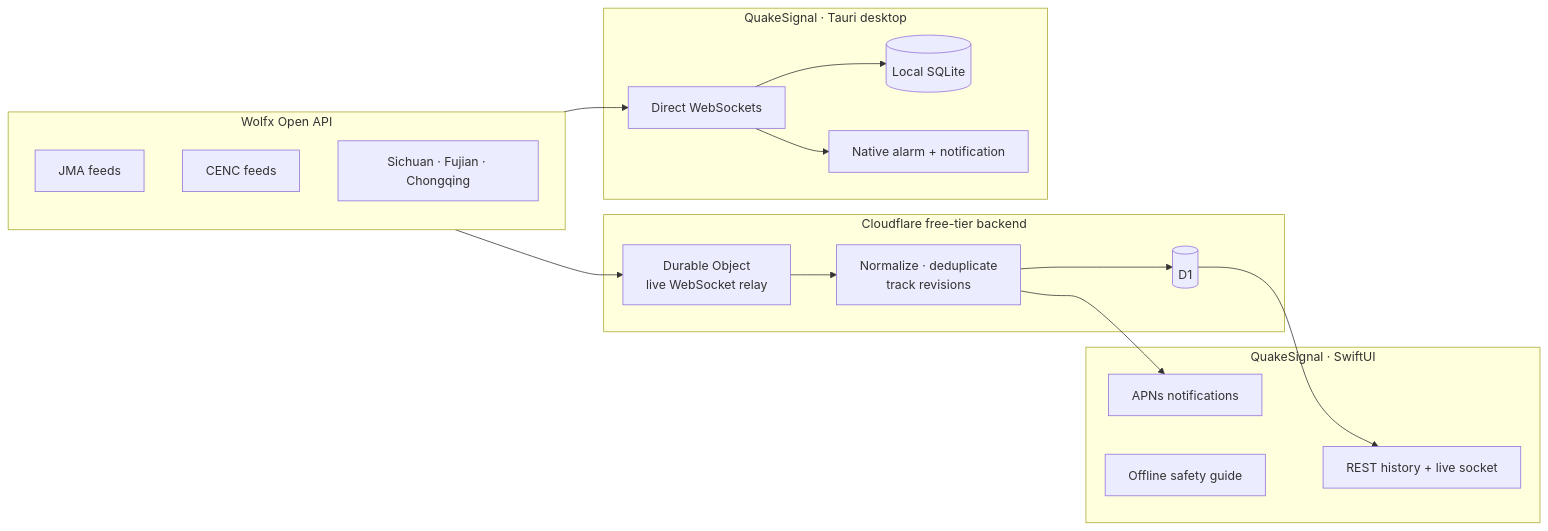
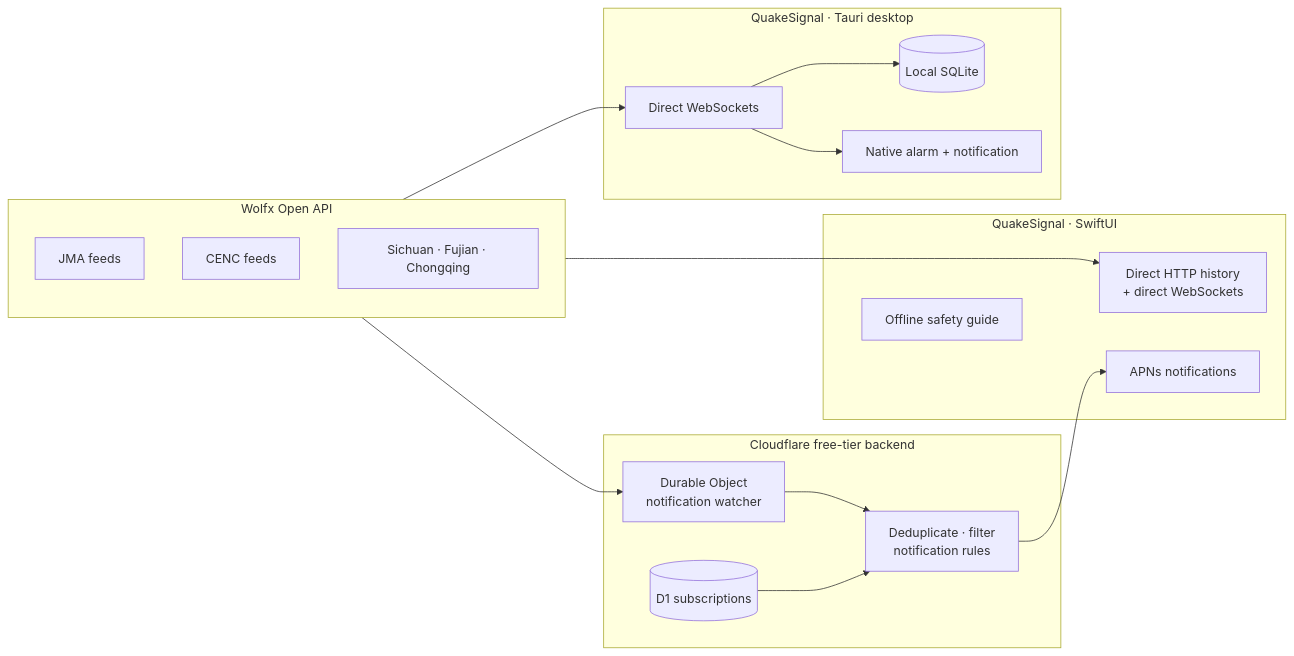
One commit to TastyHeadphones/QuakeSignal changed the diagram in README.md. Above: the diagram before and after it, drawn with Mermaid. The commit also changed other lines of this file and 15 other files, not shown here.

````diff
--- a/README.md
+++ b/README.md
@@ -69,33 +69,33 @@
 ```mermaid
 flowchart LR
     subgraph Sources["Wolfx Open API"]
         JMA["JMA feeds"]
         CENC["CENC feeds"]
         Regional["Sichuan · Fujian · Chongqing"]
     end
 
     subgraph Edge["Cloudflare free-tier backend"]
-        Relay["Durable Object<br/>live WebSocket relay"]
-        Normalize["Normalize · deduplicate<br/>track revisions"]
-        DB[("D1")]
+        Watcher["Durable Object<br/>notification watcher"]
+        Filter["Deduplicate · filter<br/>notification rules"]
+        DB[("D1 subscriptions")]
     end
 
     subgraph App["QuakeSignal · SwiftUI"]
-        Foreground["REST history + live socket"]
+        Foreground["Direct HTTP history<br/>+ direct WebSockets"]
         Background["APNs notifications"]
         Guide["Offline safety guide"]
     end
 
     subgraph Desktop["QuakeSignal · Tauri desktop"]
         Direct["Direct WebSockets"]
         Local[("Local SQLite")]
         NativeAlarm["Native alarm + notification"]
     end
 
-    Sources --> Relay --> Normalize --> DB
-    DB --> Foreground
-    Normalize --> Background
+    Sources --> Foreground
+    Sources --> Watcher --> Filter
+    DB --> Filter --> Background
     Guide --- App
     Sources --> Direct --> Local
     Direct --> NativeAlarm
 ```
````
